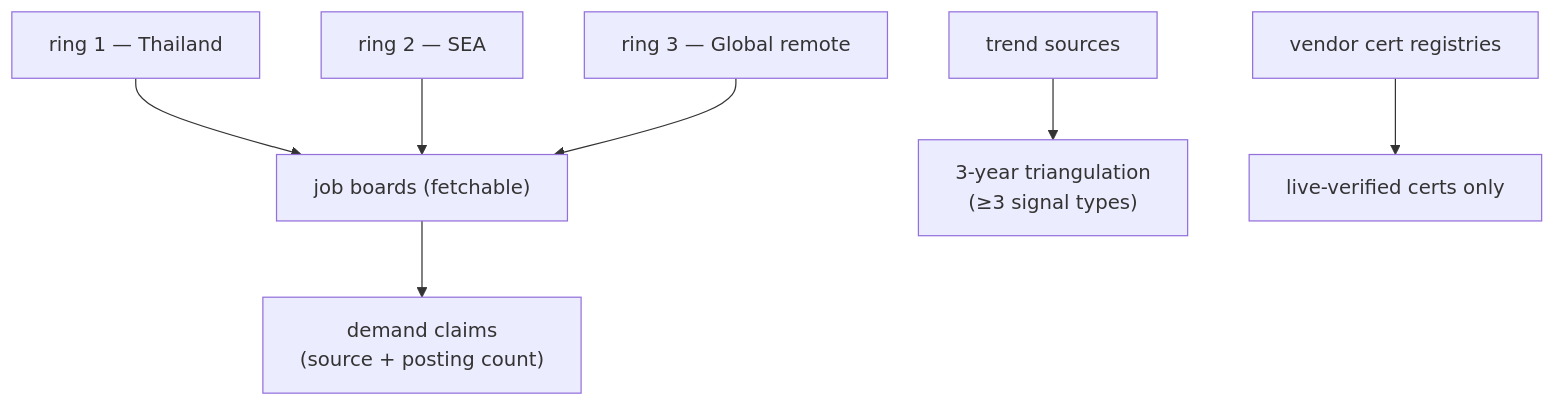
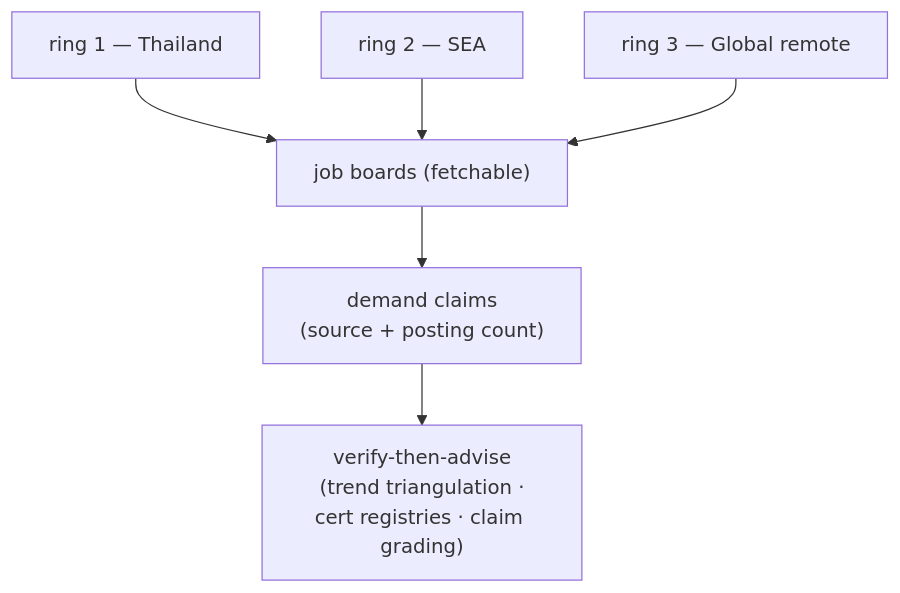
Before and after one commit to ThodsaphonSonthiphin/workflow-daily-work: the diagram in plugins/dev-workflows/skills/career-growth/references/market-sources.md, drawn with Mermaid. The commit also changed other lines of this file and 2 other files, not shown here.

First line of the commit message:
refactor(dev-workflows): career-growth delegates external-fact verification to verify-then-advise

````diff
--- a/plugins/dev-workflows/skills/career-growth/references/market-sources.md
+++ b/plugins/dev-workflows/skills/career-growth/references/market-sources.md
@@ -11,9 +11,8 @@
 ```mermaid
 flowchart TD
     R1["ring 1 — Thailand"] --> B["job boards (fetchable)"]
     R2["ring 2 — SEA"] --> B
     R3["ring 3 — Global remote"] --> B
     B --> DC["demand claims<br/>(source + posting count)"]
-    T["trend sources"] --> F["3-year triangulation<br/>(≥3 signal types)"]
-    REG["vendor cert registries"] --> C["live-verified certs only"]
+    DC --> VTA["verify-then-advise<br/>(trend triangulation ·<br/>cert registries · claim grading)"]
 ```
````
